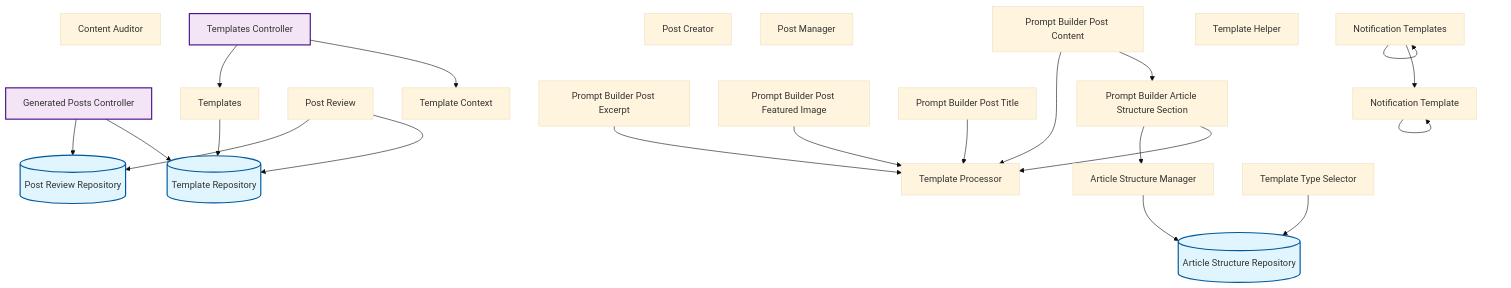
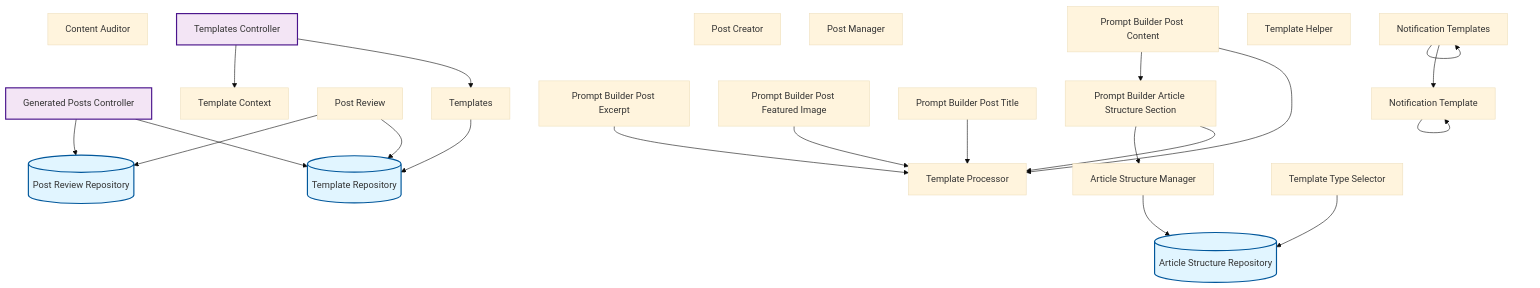
One commit to rpnunez/wp-ai-scheduler changed the fourth of 10 diagrams in docs/feature-report.md. Above: the diagram before and after it, drawn with Mermaid (base theme). The commit also changed other lines of this file and 1 other file, not shown here.

````diff
--- a/docs/feature-report.md
+++ b/docs/feature-report.md
@@ -207,53 +207,53 @@
 ```mermaid
 flowchart TD
     %% Content Management Architecture
 
     Article_Structure_Manager["Article Structure Manager"]
     Article_Structure_Repository[("Article Structure Repository")]
     Content_Auditor["Content Auditor"]
     Generated_Posts_Controller["Generated Posts Controller"]
     Notification_Template["Notification Template"]
     Notification_Templates["Notification Templates"]
     Post_Creator["Post Creator"]
     Post_Manager["Post Manager"]
     Post_Review_Repository[("Post Review Repository")]
     Post_Review["Post Review"]
     Prompt_Builder_Article_Structure_Section["Prompt Builder Article Structure Section"]
     Prompt_Builder_Post_Content["Prompt Builder Post Content"]
     Prompt_Builder_Post_Excerpt["Prompt Builder Post Excerpt"]
     Prompt_Builder_Post_Featured_Image["Prompt Builder Post Featured Image"]
     Prompt_Builder_Post_Title["Prompt Builder Post Title"]
     Template_Context["Template Context"]
     Template_Helper["Template Helper"]
     Template_Processor["Template Processor"]
     Template_Repository[("Template Repository")]
     Template_Type_Selector["Template Type Selector"]
     Templates_Controller["Templates Controller"]
     Templates["Templates"]
 
     Article_Structure_Manager --> Article_Structure_Repository
     Generated_Posts_Controller --> Template_Repository
     Generated_Posts_Controller --> Post_Review_Repository
     Notification_Template --> Notification_Template
     Notification_Templates --> Notification_Templates
     Notification_Templates --> Notification_Template
     Post_Review --> Template_Repository
     Post_Review --> Post_Review_Repository
     Prompt_Builder_Article_Structure_Section --> Template_Processor
     Prompt_Builder_Article_Structure_Section --> Article_Structure_Manager
+    Prompt_Builder_Post_Content --> Template_Processor
     Prompt_Builder_Post_Content --> Prompt_Builder_Article_Structure_Section
-    Prompt_Builder_Post_Content --> Template_Processor
     Prompt_Builder_Post_Excerpt --> Template_Processor
     Prompt_Builder_Post_Featured_Image --> Template_Processor
     Prompt_Builder_Post_Title --> Template_Processor
     Template_Type_Selector --> Article_Structure_Repository
+    Templates_Controller --> Templates
     Templates_Controller --> Template_Context
-    Templates_Controller --> Templates
     Templates --> Template_Repository
 
     classDef repository fill:#e1f5ff,stroke:#01579b,stroke-width:2px
     classDef service fill:#fff3e0,stroke:#e65100,stroke-width:2px
     classDef controller fill:#f3e5f5,stroke:#4a148c,stroke-width:2px
     class Article_Structure_Repository,Post_Review_Repository,Template_Repository repository
     class Generated_Posts_Controller,Templates_Controller controller
 ```
````
